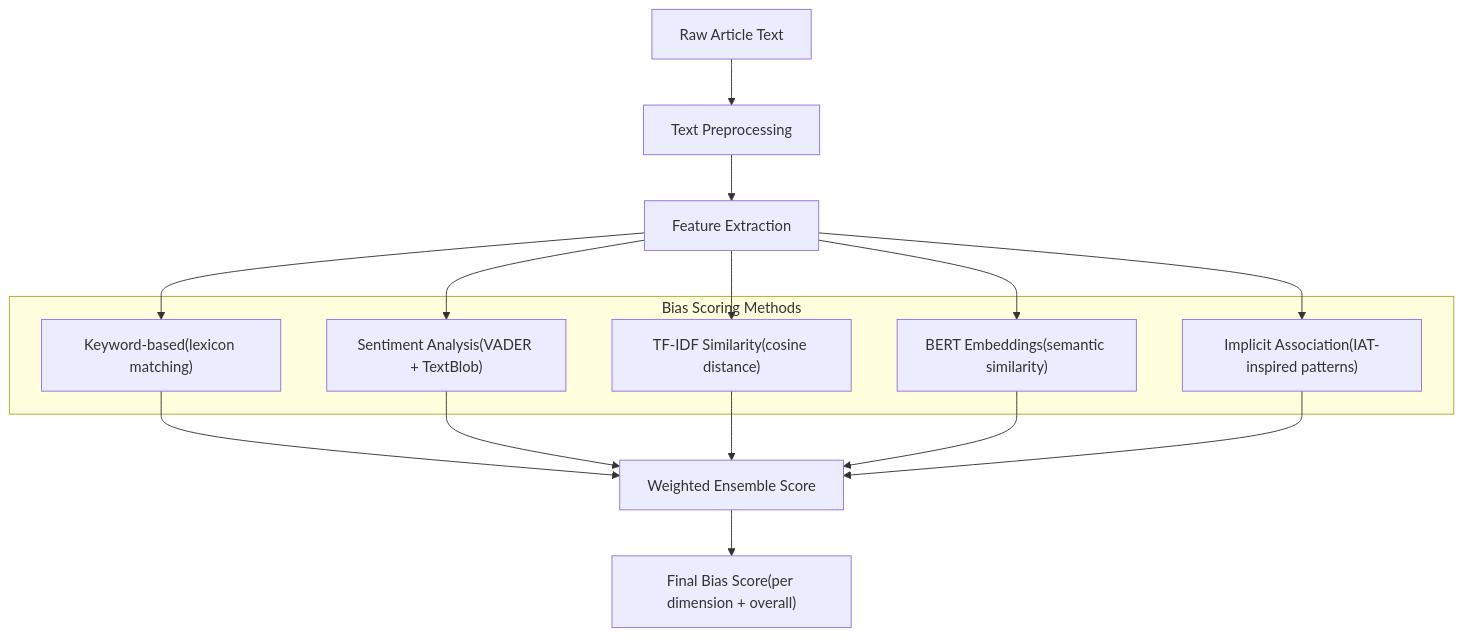
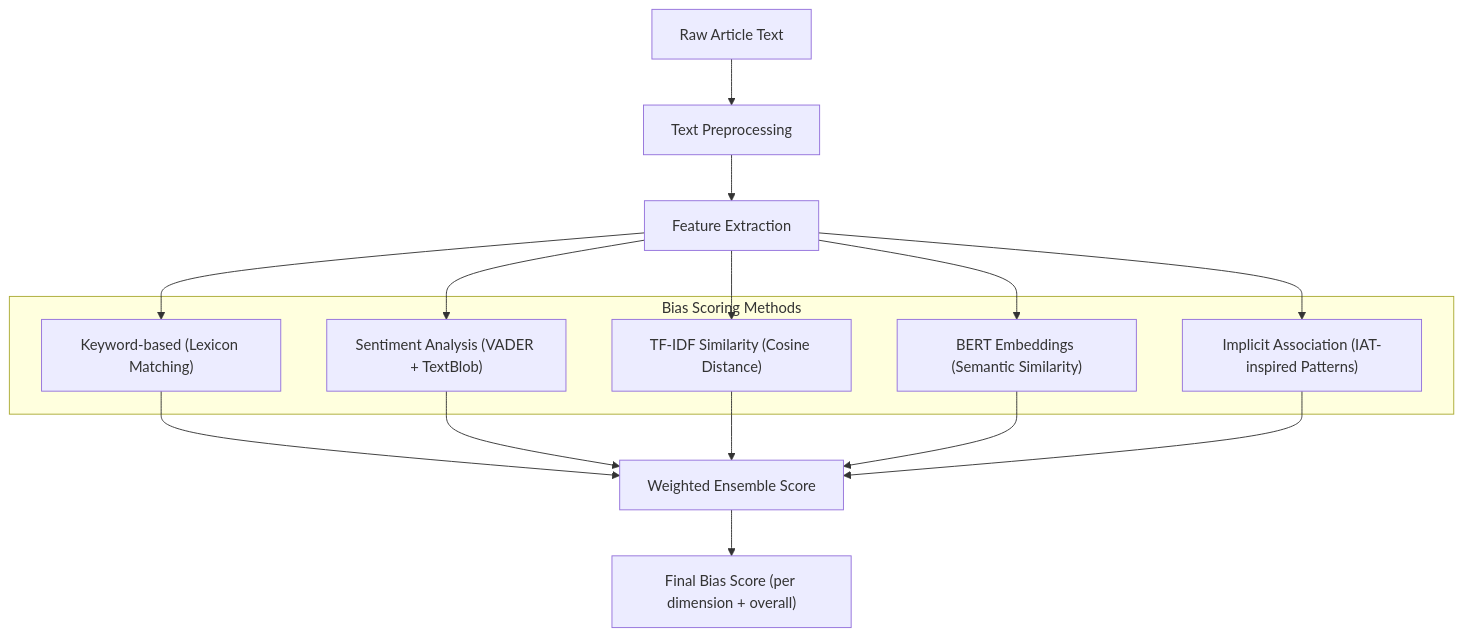
One commit to bharathkaranth/news-bias-analyzer changed the sixth of 8 diagrams in README.md. Above: the diagram before and after it, drawn with Mermaid.

````diff
--- a/README.md
+++ b/README.md
@@ -517,27 +517,27 @@
 ```mermaid
 flowchart TD
     A["Raw Article Text"] --> B["Text Preprocessing"]
     B --> C["Feature Extraction"]
 
     subgraph Methods["Bias Scoring Methods"]
-        M1["Keyword-based(lexicon matching)"]
-        M2["Sentiment Analysis(VADER + TextBlob)"]
-        M3["TF-IDF Similarity(cosine distance)"]
-        M4["BERT Embeddings(semantic similarity)"]
-        M5["Implicit Association(IAT-inspired patterns)"]
+        M1["Keyword-based (Lexicon Matching)"]
+        M2["Sentiment Analysis (VADER + TextBlob)"]
+        M3["TF-IDF Similarity (Cosine Distance)"]
+        M4["BERT Embeddings (Semantic Similarity)"]
+        M5["Implicit Association (IAT-inspired Patterns)"]
     end
 
     C --> M1
     C --> M2
     C --> M3
     C --> M4
     C --> M5
 
     M1 --> D["Weighted Ensemble Score"]
     M2 --> D
     M3 --> D
     M4 --> D
     M5 --> D
 
-    D --> E["Final Bias Score(per dimension + overall)"]
+    D --> E["Final Bias Score (per dimension + overall)"]
 ```
````
